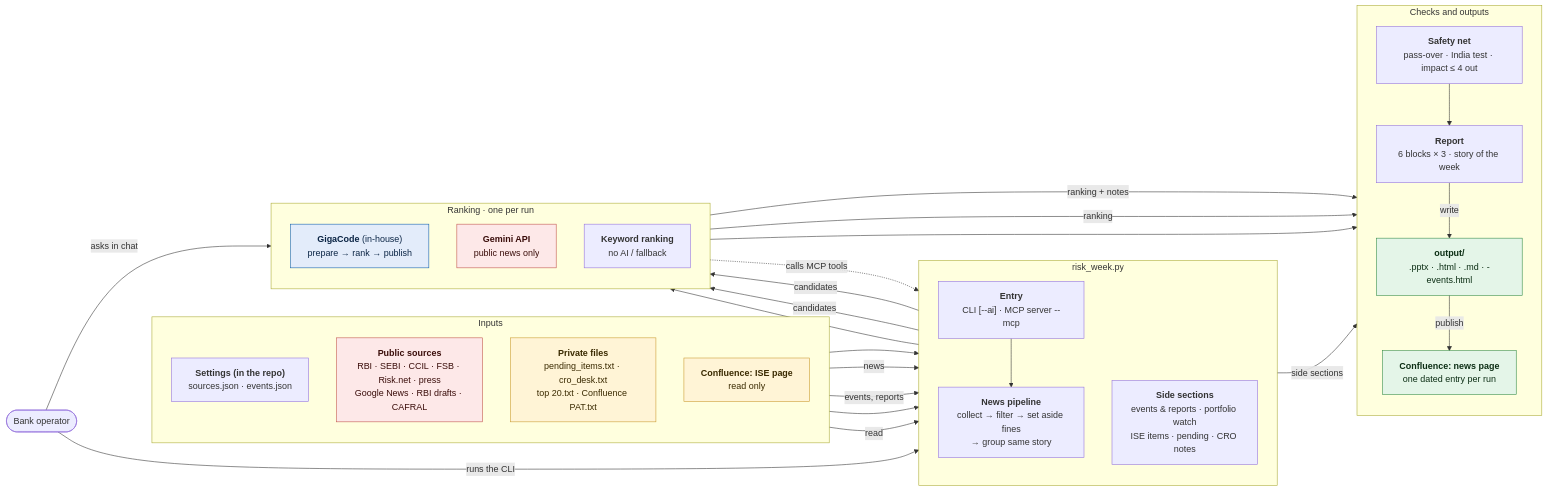
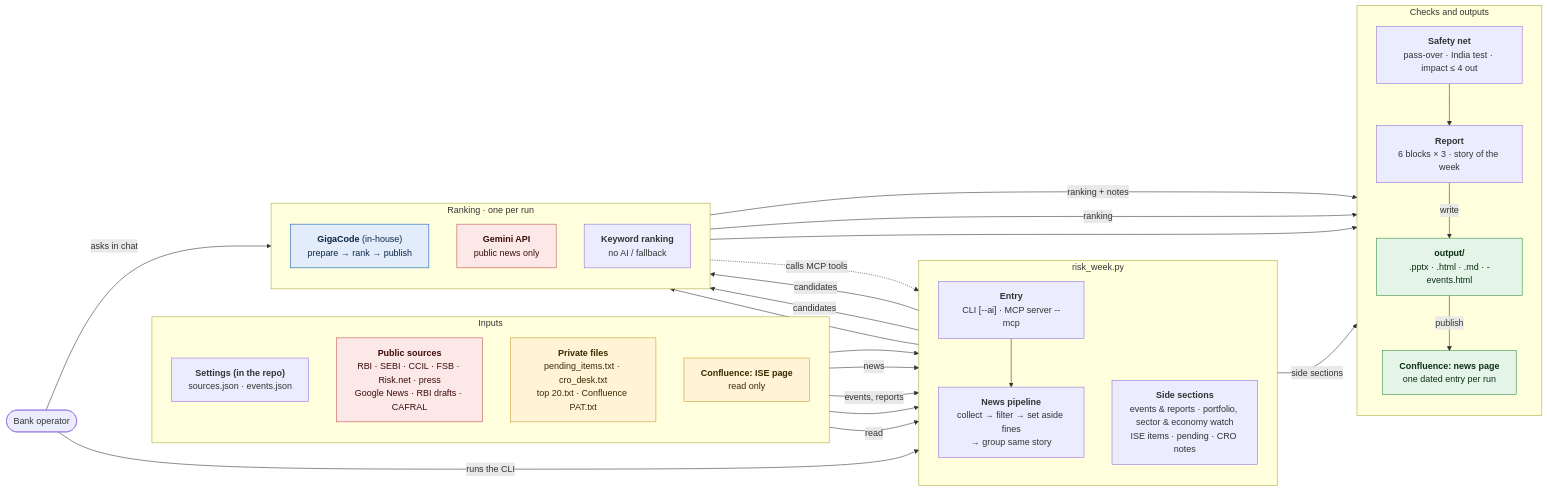
The diagram in README.md (yogeshthakker/RiskThisWeek), drawn with Mermaid before and after one commit. The commit also changed other lines of this file and 7 other files, not shown here.

First line of the commit message:
Credit portfolio watch: credit drivers, not share prices; sector and economy watch

````diff
--- a/README.md
+++ b/README.md
@@ -13,61 +13,61 @@
 ```mermaid
 flowchart LR
     op(["Bank operator"])
 
     subgraph IN["Inputs"]
         direction TB
         cfg["<b>Settings (in the repo)</b><br/>sources.json · events.json"]
         pub["<b>Public sources</b><br/>RBI · SEBI · CCIL · FSB · Risk.net · press<br/>Google News · RBI drafts · CAFRAL"]
         priv["<b>Private files</b><br/>pending_items.txt · cro_desk.txt<br/>top 20.txt · Confluence PAT.txt"]
         isep["<b>Confluence: ISE page</b><br/>read only"]
     end
 
     subgraph TOOL["risk_week.py"]
         direction TB
         entry["<b>Entry</b><br/>CLI [--ai] · MCP server --mcp"]
         pipe["<b>News pipeline</b><br/>collect → filter → set aside fines<br/>→ group same story"]
-        side["<b>Side sections</b><br/>events &amp; reports · portfolio watch<br/>ISE items · pending · CRO notes"]
+        side["<b>Side sections</b><br/>events &amp; reports · portfolio, sector &amp; economy watch<br/>ISE items · pending · CRO notes"]
         entry --> pipe
     end
 
     subgraph RANK["Ranking · one per run"]
         direction TB
         giga["<b>GigaCode</b> (in-house)<br/>prepare → rank → publish"]
         gem["<b>Gemini API</b><br/>public news only"]
         kw["<b>Keyword ranking</b><br/>no AI / fallback"]
     end
 
     subgraph OUT["Checks and outputs"]
         direction TB
         net["<b>Safety net</b><br/>pass-over · India test · impact ≤ 4 out"]
         rep["<b>Report</b><br/>6 blocks × 3 · story of the week"]
         files["<b>output/</b><br/>.pptx · .html · .md · -events.html"]
         newsp["<b>Confluence: news page</b><br/>one dated entry per run"]
         net --> rep -->|write| files -->|publish| newsp
     end
 
     op -->|runs the CLI| entry
     op -->|asks in chat| giga
     giga -.->|calls MCP tools| entry
     cfg --> pipe
     pub -->|news| pipe
     pub -->|events, reports| side
     priv --> side
     isep -->|read| side
     pipe -->|candidates| giga
     pipe -->|candidates| gem
     pipe --> kw
     giga -->|ranking + notes| net
     gem -->|ranking| net
     kw --> rep
     side -->|side sections| rep
 
     classDef private fill:#fff4d6,stroke:#c99a2e,color:#3a2a00
     classDef ext fill:#fde8e8,stroke:#c0504a,color:#3a0d0a
     classDef inhouse fill:#e3ecfa,stroke:#0b5cad,color:#0b2545
     classDef outc fill:#e4f5e8,stroke:#2f8a47,color:#0c2e14
     class priv,isep private
     class pub,gem ext
     class giga inhouse
     class files,newsp outc
 ```
````
